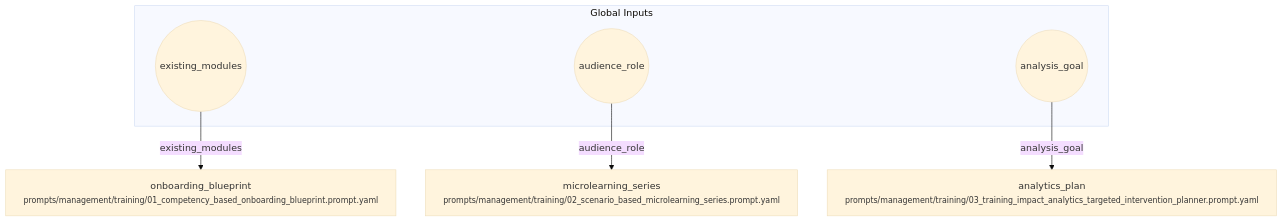
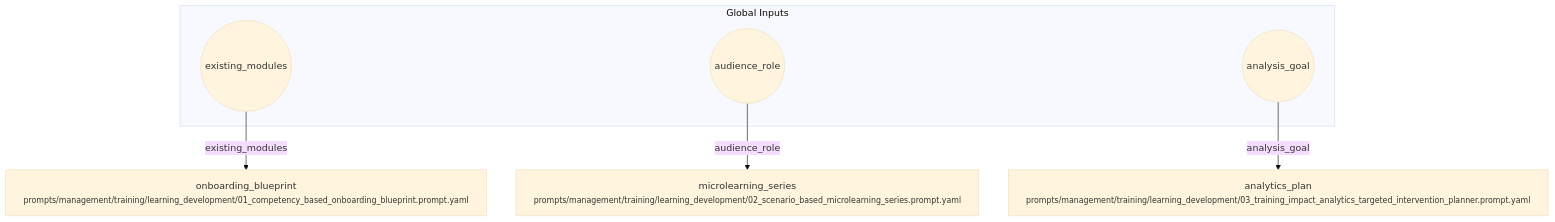
Before and after one commit to fderuiter/proompts: the diagram in workflows/management/learning_development.workflow.md, drawn with Mermaid (base theme). The commit also changed 31 other files, not shown here.

````diff
--- a/workflows/management/learning_development.workflow.md
+++ b/workflows/management/learning_development.workflow.md
@@ -7,14 +7,14 @@
 ```mermaid
 flowchart TD
     subgraph Inputs [Global Inputs]
         inp_existing_modules((existing_modules))
         inp_audience_role((audience_role))
         inp_analysis_goal((analysis_goal))
     end
-    onboarding_blueprint["onboarding_blueprint<br/><small>prompts/management/training/01_competency_based_onboarding_blueprint.prompt.yaml</small>"]
-    microlearning_series["microlearning_series<br/><small>prompts/management/training/02_scenario_based_microlearning_series.prompt.yaml</small>"]
-    analytics_plan["analytics_plan<br/><small>prompts/management/training/03_training_impact_analytics_targeted_intervention_planner.prompt.yaml</small>"]
+    onboarding_blueprint["onboarding_blueprint<br/><small>prompts/management/training/learning_development/01_competency_based_onboarding_blueprint.prompt.yaml</small>"]
+    microlearning_series["microlearning_series<br/><small>prompts/management/training/learning_development/02_scenario_based_microlearning_series.prompt.yaml</small>"]
+    analytics_plan["analytics_plan<br/><small>prompts/management/training/learning_development/03_training_impact_analytics_targeted_intervention_planner.prompt.yaml</small>"]
     inp_existing_modules -->|existing_modules| onboarding_blueprint
     inp_audience_role -->|audience_role| microlearning_series
     inp_analysis_goal -->|analysis_goal| analytics_plan
 ```
````
